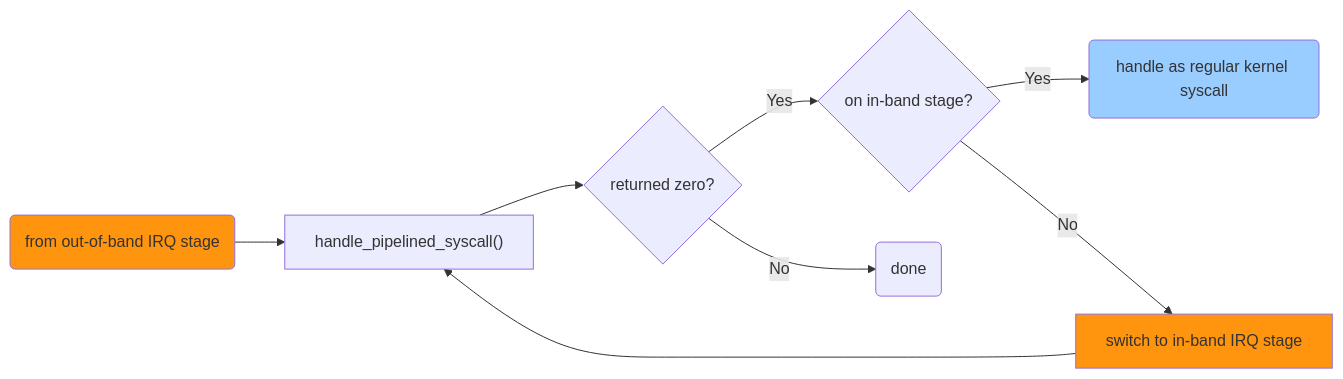
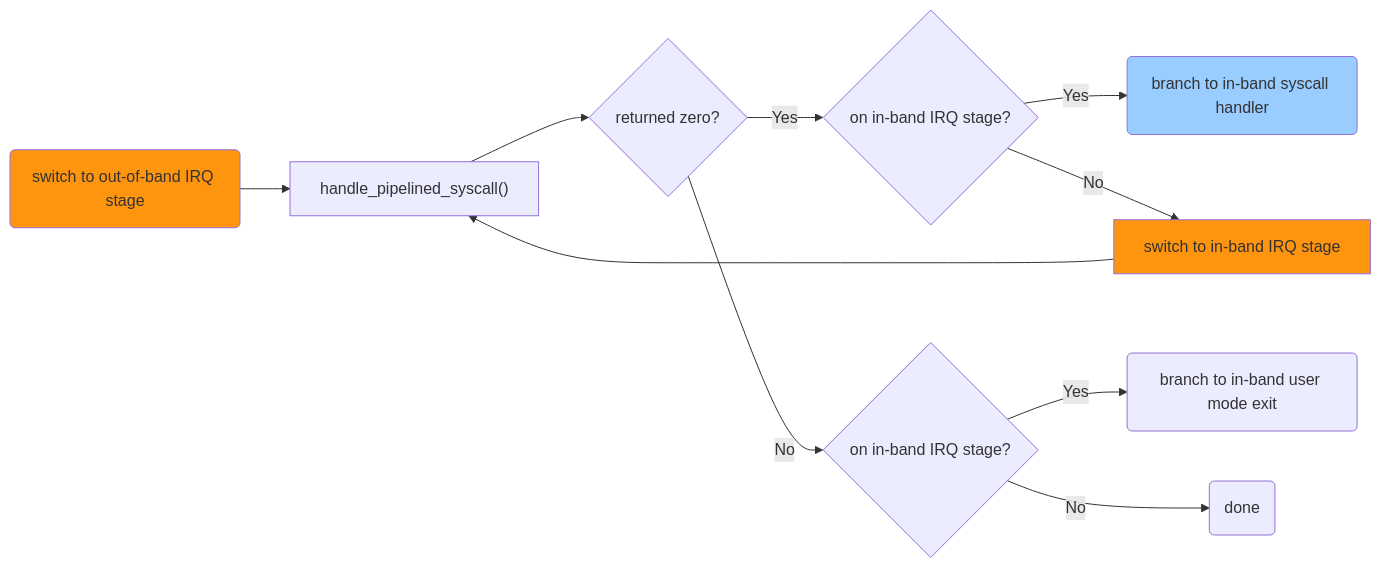
Before and after one commit to The-going/evlproject: the fourth of 5 diagrams in content/dovetail/altsched.md, drawn with Mermaid. The commit also changed other lines of this file, not shown here.

```diff
--- a/content/dovetail/altsched.md
+++ b/content/dovetail/altsched.md
@@ -583,13 +580,15 @@
 {{<mermaid align="left">}}
 graph LR;
-    S("from out-of-band IRQ stage") --> A
+    S("switch to out-of-band IRQ stage") --> A
     style S fill:#ff950e;
     A["handle_pipelined_syscall()"] --> B{returned zero?}
-    B -->|Yes| C{on in-band stage?}
-    B -->|No| R(done)
-    C -->|Yes| Q(handle as regular kernel syscall)
+    B -->|Yes| C{on in-band IRQ stage?}
+    B -->|No| R{on in-band IRQ stage?}
+    R -->|Yes| U(branch to in-band user mode exit)
+    R -->|No| V(done)
+    C -->|Yes| Q(branch to in-band syscall handler)
     style Q fill:#99ccff;
     C -->|No| P[switch to in-band IRQ stage]
     style P fill:#ff950e;
     P --> A
 {{< /mermaid >}}
```
